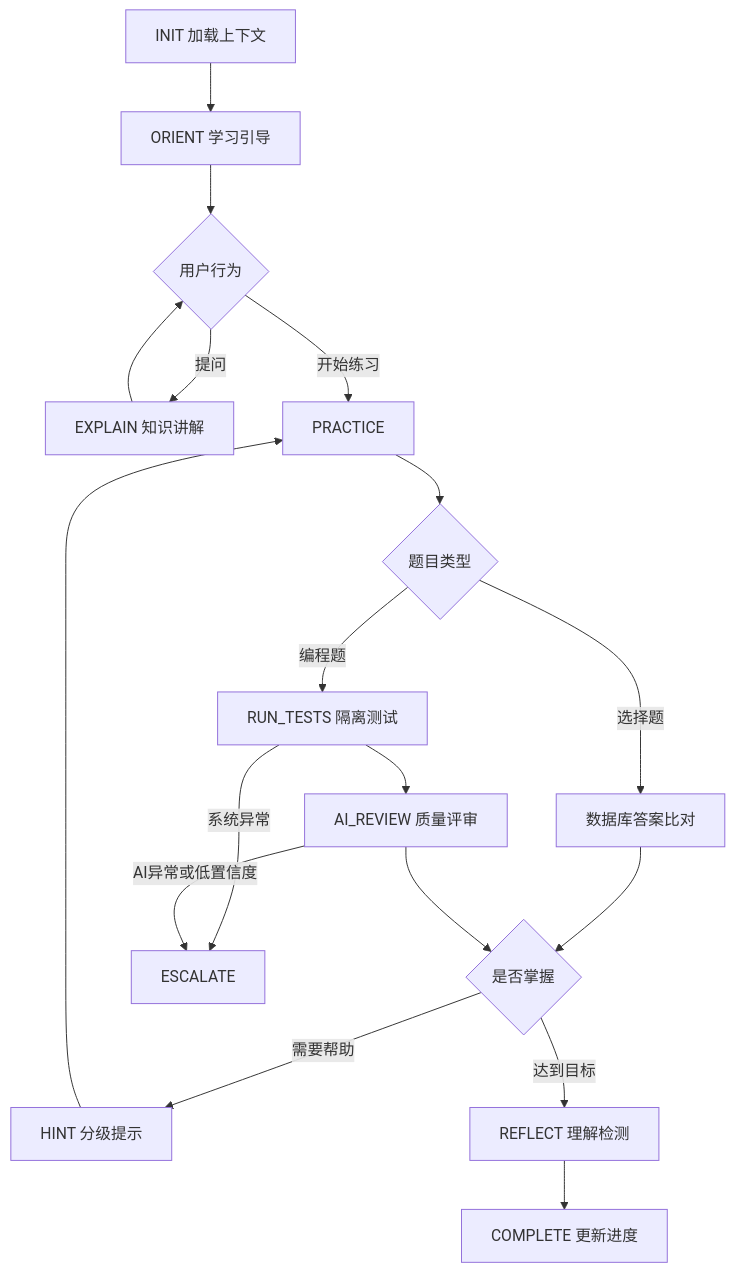
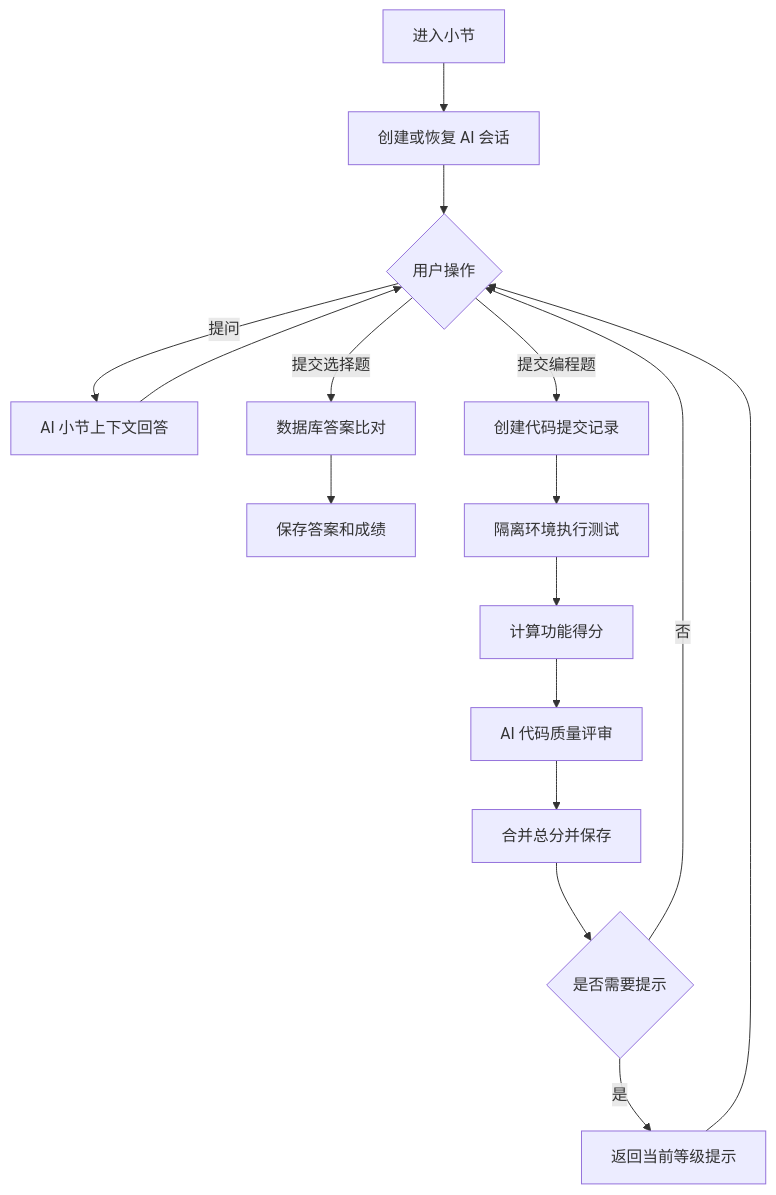
Before and after one commit to yuanjingteam/CodeStory: the diagram in docs/CodeStory_AI助手模块需求文档_V1.0.md, drawn with Mermaid. The commit also changed other lines of this file and 6 other files, not shown here.

````diff
--- a/docs/CodeStory_AI助手模块需求文档_V1.0.md
+++ b/docs/CodeStory_AI助手模块需求文档_V1.0.md
@@ -371,20 +538,18 @@
 ```mermaid
 flowchart TD
-    A[INIT 加载上下文] --> B[ORIENT 学习引导]
-    B --> C{用户行为}
-    C -->|提问| D[EXPLAIN 知识讲解]
+    A[进入小节] --> B[创建或恢复 AI 会话]
+    B --> C{用户操作}
+    C -->|提问| D[AI 小节上下文回答]
     D --> C
-    C -->|开始练习| E[PRACTICE]
-    E --> F{题目类型}
-    F -->|选择题| G[数据库答案比对]
-    F -->|编程题| H[RUN_TESTS 隔离测试]
-    H --> I[AI_REVIEW 质量评审]
-    G --> J{是否掌握}
-    I --> J
-    J -->|需要帮助| K[HINT 分级提示]
-    K --> E
-    J -->|达到目标| L[REFLECT 理解检测]
-    L --> M[COMPLETE 更新进度]
-    H -->|系统异常| N[ESCALATE]
-    I -->|AI异常或低置信度| N
+    C -->|提交选择题| E[数据库答案比对]
+    E --> F[保存答案和成绩]
+    C -->|提交编程题| G[创建代码提交记录]
+    G --> H[隔离环境执行测试]
+    H --> I[计算功能得分]
+    I --> J[AI 代码质量评审]
+    J --> K[合并总分并保存]
+    K --> L{是否需要提示}
+    L -->|是| M[返回当前等级提示]
+    M --> C
+    L -->|否| C
 ```
````
